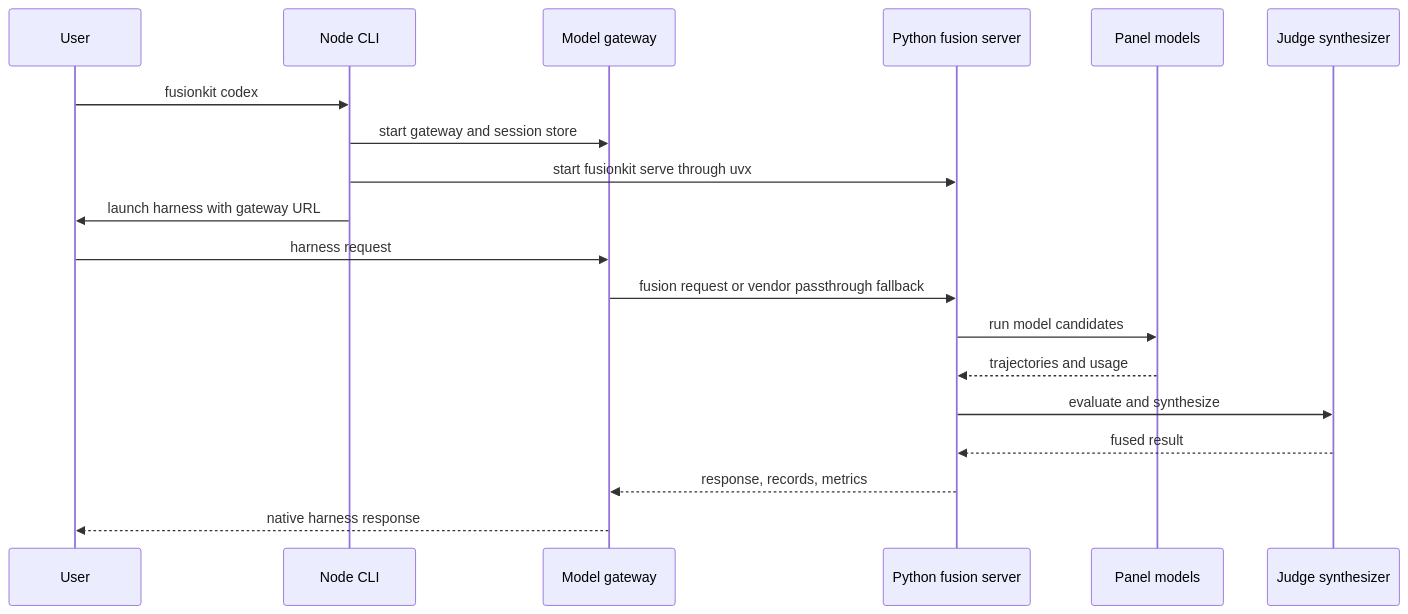
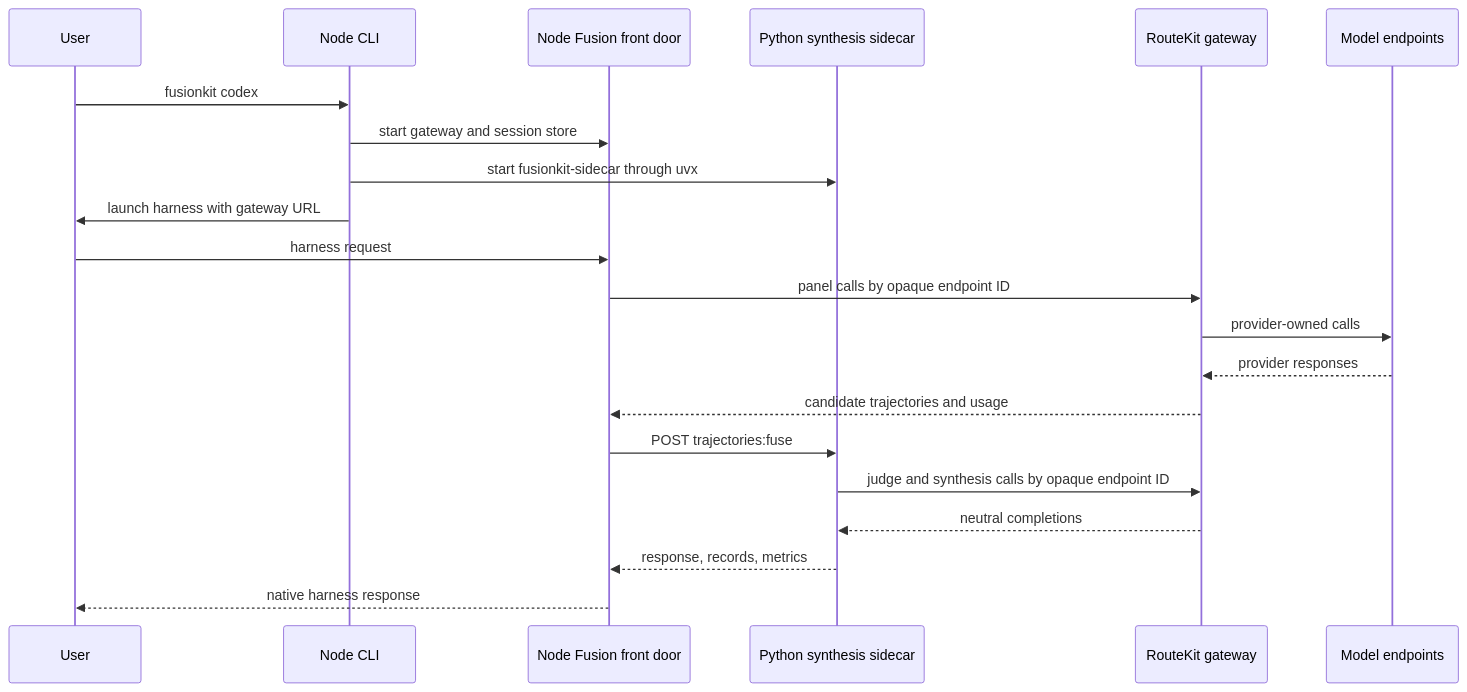
The second of 2 diagrams in docs/repository-reference.md (velum-labs/handoffkit), drawn with Mermaid before and after one commit. The commit also changed other lines of this file and 776 other files, not shown here.

First line of the commit message:
Split RouteKit routing foundation from FusionKit (#112)

````diff
--- a/docs/repository-reference.md
+++ b/docs/repository-reference.md
@@ -56,22 +66,24 @@
 ```mermaid
 sequenceDiagram
   participant User
   participant CLI as Node CLI
-  participant GW as Model gateway
-  participant PY as Python fusion server
-  participant Panel as Panel models
-  participant Judge as Judge synthesizer
+  participant GW as Node Fusion front door
+  participant PY as Python synthesis sidecar
+  participant RK as RouteKit gateway
+  participant Models as Model endpoints
 
   User->>CLI: fusionkit codex
   CLI->>GW: start gateway and session store
-  CLI->>PY: start fusionkit serve through uvx
+  CLI->>PY: start fusionkit-sidecar through uvx
   CLI->>User: launch harness with gateway URL
   User->>GW: harness request
-  GW->>PY: fusion request or vendor passthrough fallback
-  PY->>Panel: run model candidates
-  Panel-->>PY: trajectories and usage
-  PY->>Judge: evaluate and synthesize
-  Judge-->>PY: fused result
+  GW->>RK: panel calls by opaque endpoint ID
+  RK->>Models: provider-owned calls
+  Models-->>RK: provider responses
+  RK-->>GW: candidate trajectories and usage
+  GW->>PY: POST trajectories:fuse
+  PY->>RK: judge and synthesis calls by opaque endpoint ID
+  RK-->>PY: neutral completions
   PY-->>GW: response, records, metrics
   GW-->>User: native harness response
 ```
````
